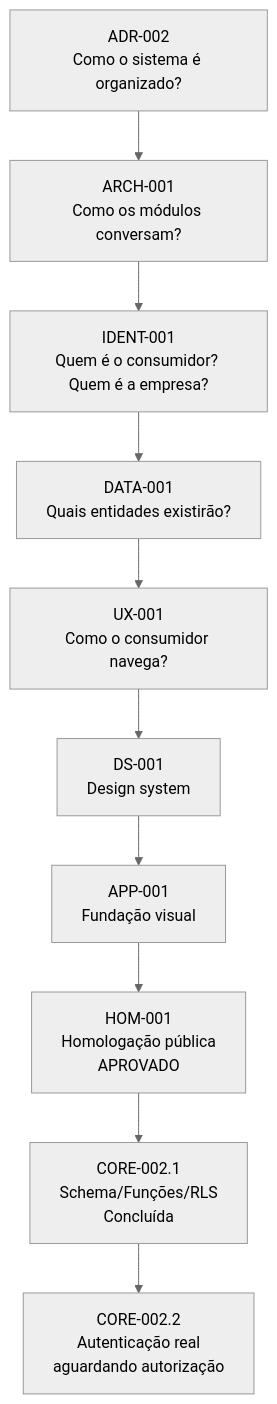
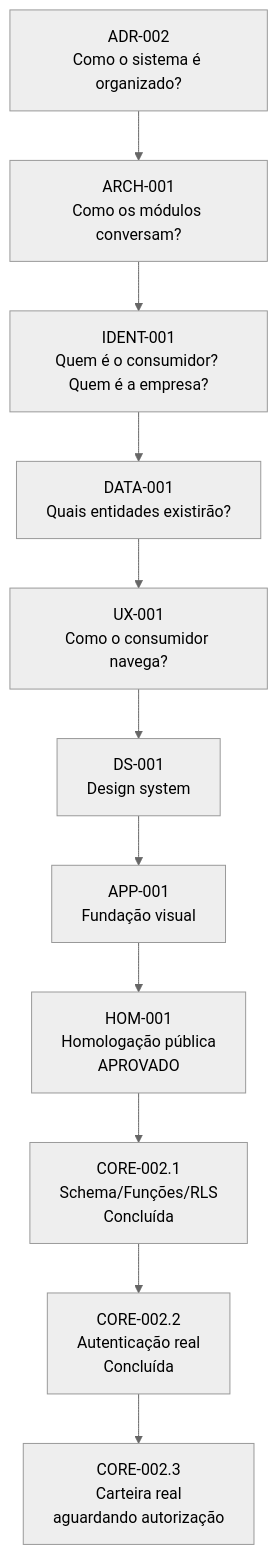
The diagram in PROJECT-ROADMAP.md (BrightEcosystem/Bright-Platform), drawn with Mermaid (neutral theme) before and after one commit. The commit also changed other lines of this file and 17 other files, not shown here.

````diff
--- a/PROJECT-ROADMAP.md
+++ b/PROJECT-ROADMAP.md
@@ -34,12 +35,13 @@
 ```mermaid
 graph TD
     ADR002[ADR-002<br/>Como o sistema é organizado?] --> ARCH001[ARCH-001<br/>Como os módulos conversam?]
     ARCH001 --> IDENT001[IDENT-001<br/>Quem é o consumidor? Quem é a empresa?]
     IDENT001 --> DATA001[DATA-001<br/>Quais entidades existirão?]
     DATA001 --> UX001[UX-001<br/>Como o consumidor navega?]
     UX001 --> DS001[DS-001<br/>Design system]
     DS001 --> APP001[APP-001<br/>Fundação visual]
     APP001 --> HOM001[HOM-001<br/>Homologação pública<br/>APROVADO]
     HOM001 --> CORE0021[CORE-002.1<br/>Schema/Funções/RLS<br/>Concluída]
-    CORE0021 --> CORE0022[CORE-002.2<br/>Autenticação real<br/>aguardando autorização]
+    CORE0021 --> CORE0022[CORE-002.2<br/>Autenticação real<br/>Concluída]
+    CORE0022 --> CORE0023[CORE-002.3<br/>Carteira real<br/>aguardando autorização]
 ```
````
